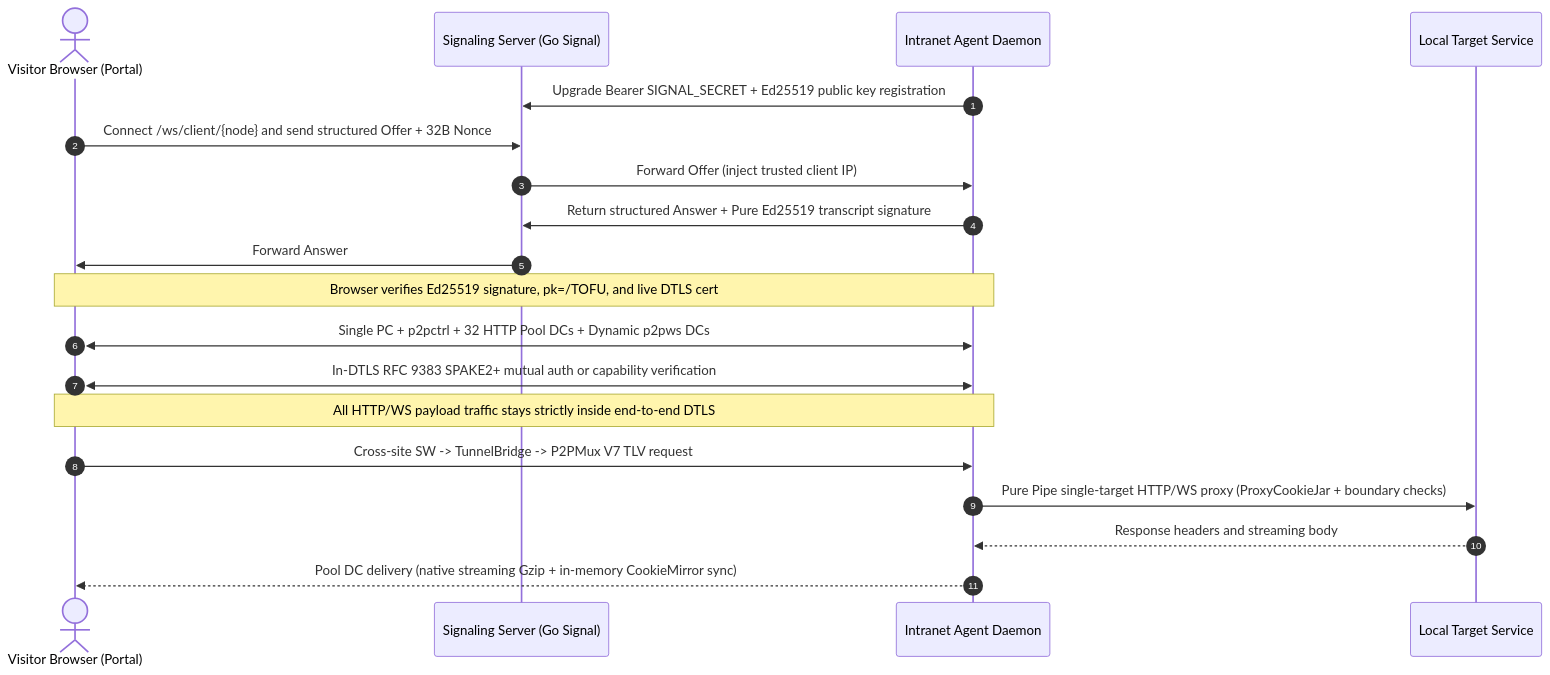
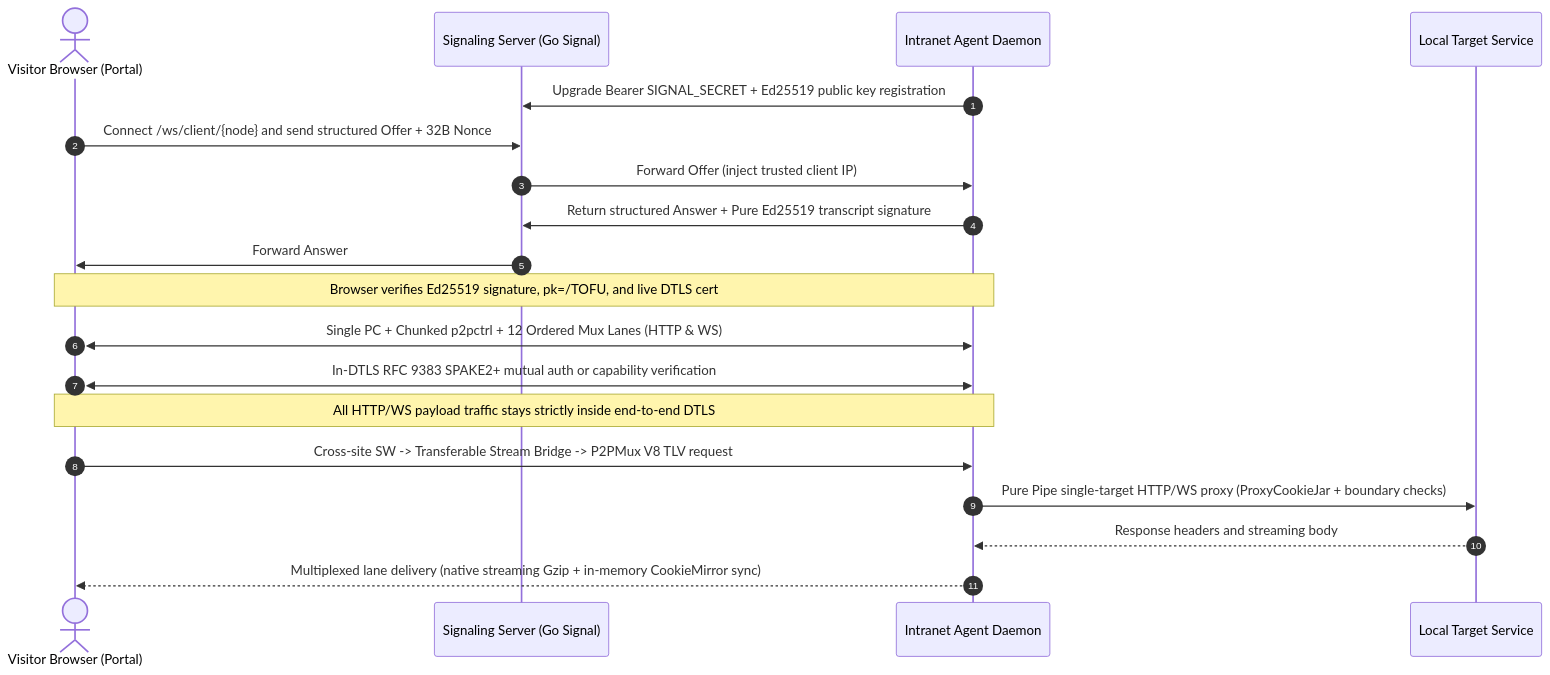
Before and after one commit to BeingNoAbility/WebRTC-Gateway: the diagram in README_en.md, drawn with Mermaid. The commit also changed other lines of this file and 118 other files, not shown here.

````diff
--- a/README_en.md
+++ b/README_en.md
@@ -92,24 +93,24 @@
 ```mermaid
 sequenceDiagram
     autonumber
     actor Visitor as Visitor Browser (Portal)
     participant Signal as Signaling Server (Go Signal)
     participant Agent as Intranet Agent Daemon
     participant Target as Local Target Service
 
     Agent->>Signal: Upgrade Bearer SIGNAL_SECRET + Ed25519 public key registration
     Visitor->>Signal: Connect /ws/client/{node} and send structured Offer + 32B Nonce
     Signal->>Agent: Forward Offer (inject trusted client IP)
     Agent->>Signal: Return structured Answer + Pure Ed25519 transcript signature
     Signal->>Visitor: Forward Answer
     Note over Visitor,Agent: Browser verifies Ed25519 signature, pk=/TOFU, and live DTLS cert
 
-    Visitor<<->>Agent: Single PC + p2pctrl + 32 HTTP Pool DCs + Dynamic p2pws DCs
+    Visitor<<->>Agent: Single PC + Chunked p2pctrl + 12 Ordered Mux Lanes (HTTP & WS)
     Visitor<<->>Agent: In-DTLS RFC 9383 SPAKE2+ mutual auth or capability verification
     Note over Visitor,Agent: All HTTP/WS payload traffic stays strictly inside end-to-end DTLS
 
-    Visitor->>Agent: Cross-site SW -> TunnelBridge -> P2PMux V7 TLV request
+    Visitor->>Agent: Cross-site SW -> Transferable Stream Bridge -> P2PMux V8 TLV request
     Agent->>Target: Pure Pipe single-target HTTP/WS proxy (ProxyCookieJar + boundary checks)
     Target-->>Agent: Response headers and streaming body
-    Agent-->>Visitor: Pool DC delivery (native streaming Gzip + in-memory CookieMirror sync)
+    Agent-->>Visitor: Multiplexed lane delivery (native streaming Gzip + in-memory CookieMirror sync)
 ```
````
